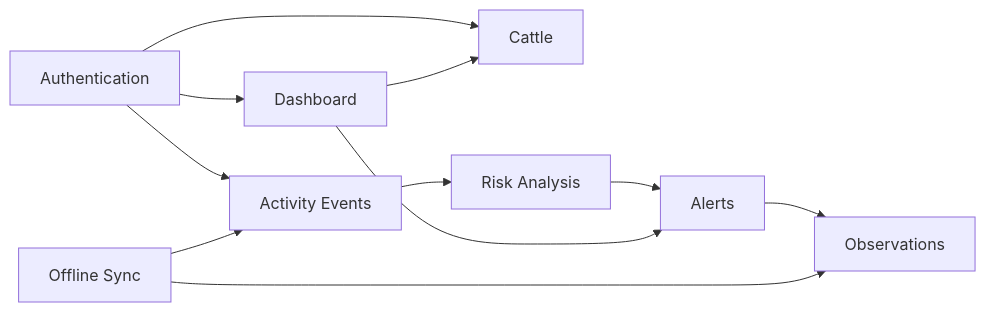
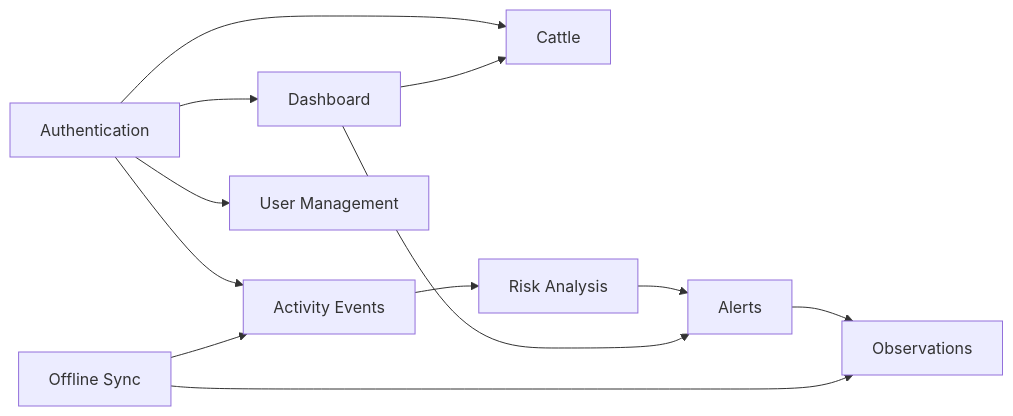
One commit to m3mo89/GyrMonitor changed the diagram in knowledge-base/05-api/README.md. Above: the diagram before and after it, drawn with Mermaid. The commit also changed other lines of this file and 32 other files, not shown here.

````diff
--- a/knowledge-base/05-api/README.md
+++ b/knowledge-base/05-api/README.md
@@ -41,22 +42,23 @@
 ```mermaid
 flowchart LR
     AUTH[Authentication]
     DASH[Dashboard]
     CATTLE[Cattle]
     EVENTS[Activity Events]
     RISK[Risk Analysis]
     ALERTS[Alerts]
     OBS[Observations]
     SYNC[Offline Sync]
 
     AUTH --> DASH
     AUTH --> CATTLE
     AUTH --> EVENTS
+    AUTH --> USERS[User Management]
     EVENTS --> RISK
     RISK --> ALERTS
     ALERTS --> OBS
     SYNC --> EVENTS
     SYNC --> OBS
     DASH --> CATTLE
     DASH --> ALERTS
 ```
````
